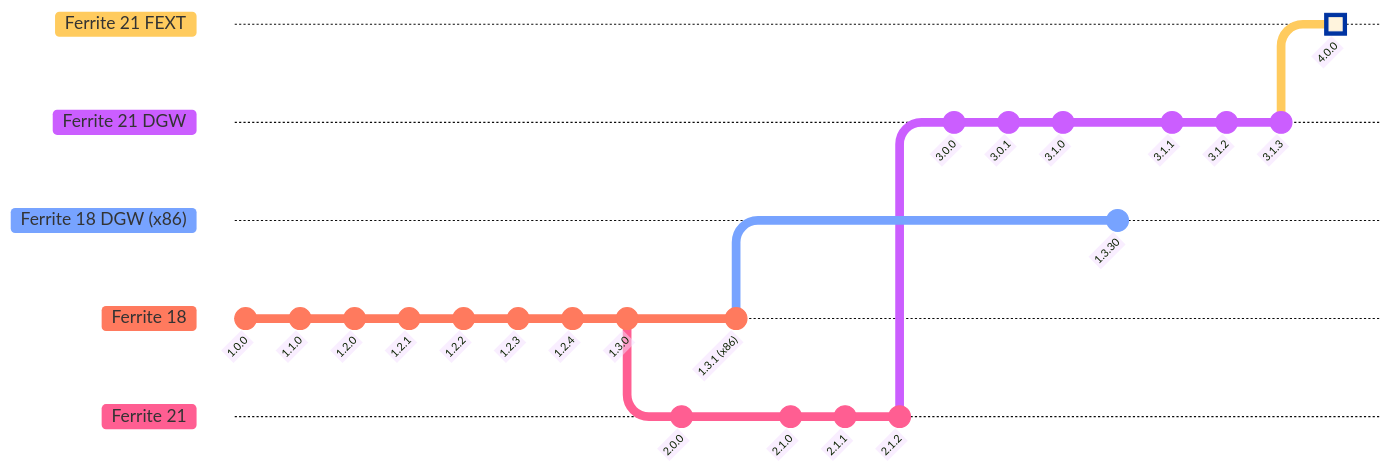
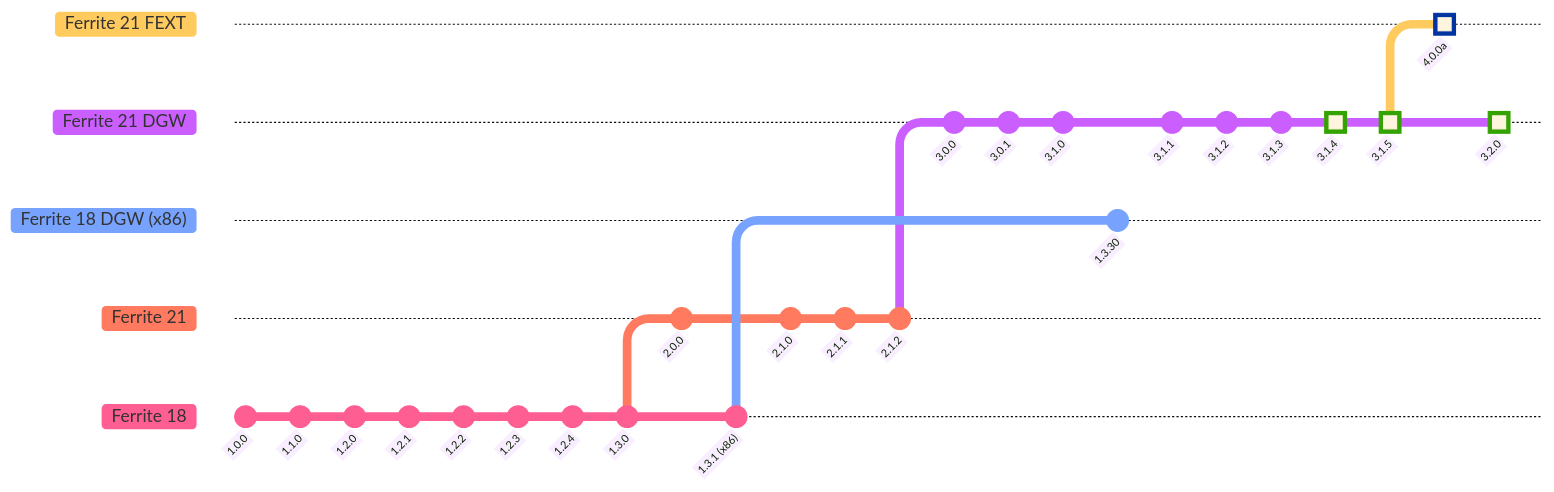
One commit to koh-gt/ferrite-core changed the diagram in README.md. Above: the diagram before and after it, drawn with Mermaid. The commit also changed other lines of this file, not shown here.

````diff
--- a/README.md
+++ b/README.md
@@ -4,35 +4,38 @@
 ```mermaid
-    %%{init: { 'logLevel': 'debug', 'theme': 'base', 'gitGraph': {'showBranches': true, 'showCommitLabel':true,'mainBranchName': 'Ferrite 18', 'mainBranchOrder':4}} }%%
+    %%{init: { 'logLevel': 'debug', 'theme': 'base', 'gitGraph': {'showBranches': true, 'showCommitLabel':true,'mainBranchName': 'Ferrite 18', 'mainBranchOrder':5}} }%%
       gitGraph
         commit id:"1.0.0"
         commit id:"1.1.0"
         commit id:"1.2.0"
         commit id:"1.2.1"
         commit id:"1.2.2"
         commit id:"1.2.3"
         commit id:"1.2.4"
         commit id:"1.3.0"
         branch "Ferrite 21" order: 4
         commit id:"2.0.0"
         checkout "Ferrite 18"
         commit id:"1.3.1 (x86)"
         checkout "Ferrite 21"
         commit id:"2.1.0"
         commit id:"2.1.1"
         commit id:"2.1.2"
         branch "Ferrite 21 DGW" order: 2
         commit id:"3.0.0"
         commit id:"3.0.1"
         commit id:"3.1.0"
         checkout "Ferrite 18"
         branch "Ferrite 18 DGW (x86)" order: 3
         commit id:"1.3.30"
         checkout "Ferrite 21 DGW"
         commit id:"3.1.1"
         commit id:"3.1.2"
         commit id:"3.1.3"
+        commit id:"3.1.4" type: HIGHLIGHT
+        commit id:"3.1.5" type: HIGHLIGHT
         branch "Ferrite 21 FEXT" order: 1
-        commit id:"4.0.0" type: HIGHLIGHT
-        
+        commit id:"4.0.0a" type: HIGHLIGHT
+        checkout "Ferrite 21 DGW"
+        commit id:"3.2.0" type: HIGHLIGHT
 
 ```
````
